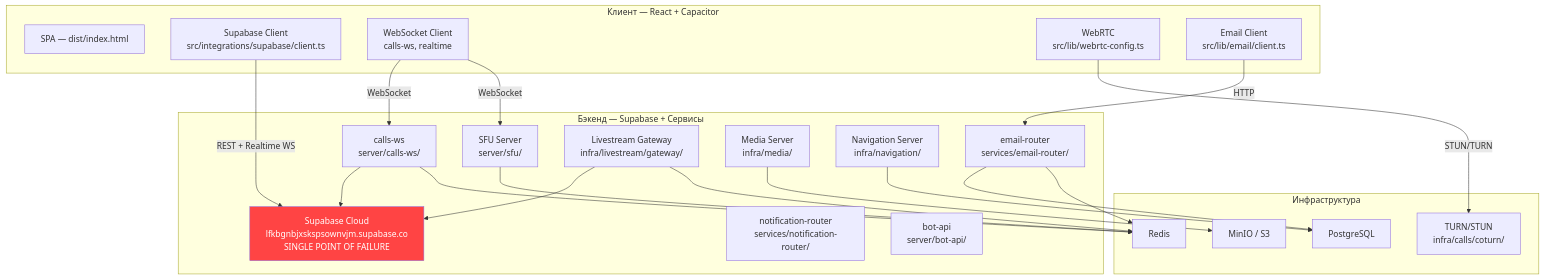
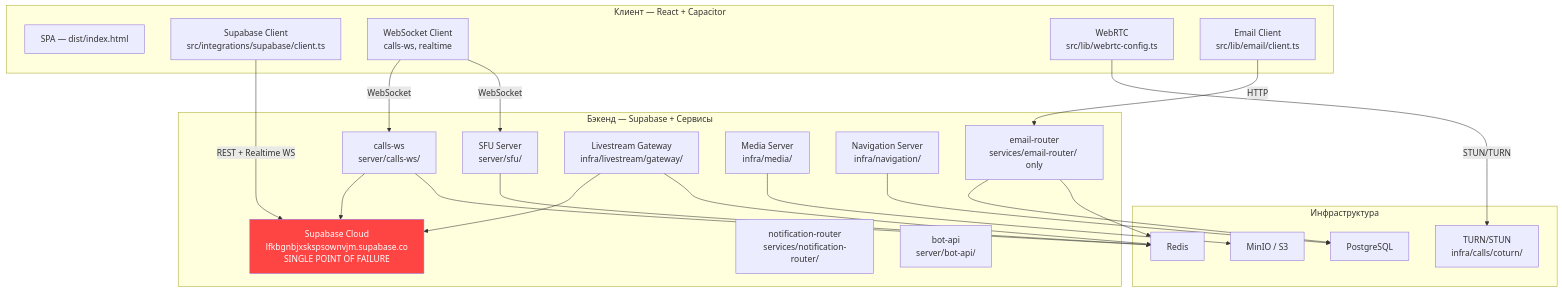
One commit to kmansoni/ECOMANSONI changed the first of 4 diagrams in docs/ANTI_CENSORSHIP_IMPLEMENTATION_PLAN.md. Above: the diagram before and after it, drawn with Mermaid. The commit also changed 361 other files, not shown here.

````diff
--- a/docs/ANTI_CENSORSHIP_IMPLEMENTATION_PLAN.md
+++ b/docs/ANTI_CENSORSHIP_IMPLEMENTATION_PLAN.md
@@ -23,47 +23,47 @@
 ```mermaid
 graph TB
     subgraph Client [Клиент — React + Capacitor]
         SPA[SPA — dist/index.html]
         SC[Supabase Client<br/>src/integrations/supabase/client.ts]
         WS_C[WebSocket Client<br/>calls-ws, realtime]
         WEBRTC[WebRTC<br/>src/lib/webrtc-config.ts]
         EMAIL_C[Email Client<br/>src/lib/email/client.ts]
     end
 
     subgraph Backend [Бэкенд — Supabase + Сервисы]
         SUPA[Supabase Cloud<br/>lfkbgnbjxskspsownvjm.supabase.co<br/>SINGLE POINT OF FAILURE]
         CALLS[calls-ws<br/>server/calls-ws/]
         SFU_S[SFU Server<br/>server/sfu/]
-        EMAIL_S[email-router<br/>services/email-router/]
+        EMAIL_S[email-router<br/>services/email-router/ only]
         NOTIF[notification-router<br/>services/notification-router/]
         BOT[bot-api<br/>server/bot-api/]
         LIVE[Livestream Gateway<br/>infra/livestream/gateway/]
         MEDIA[Media Server<br/>infra/media/]
         NAV[Navigation Server<br/>infra/navigation/]
     end
 
     subgraph Infra [Инфраструктура]
         TURN[TURN/STUN<br/>infra/calls/coturn/]
         REDIS[Redis]
         PG[PostgreSQL]
         MINIO[MinIO / S3]
     end
 
     SC -->|REST + Realtime WS| SUPA
     WS_C -->|WebSocket| CALLS
     WS_C -->|WebSocket| SFU_S
     WEBRTC -->|STUN/TURN| TURN
     EMAIL_C -->|HTTP| EMAIL_S
 
     CALLS --> SUPA
     CALLS --> REDIS
     SFU_S --> REDIS
     EMAIL_S --> PG
     EMAIL_S --> REDIS
     LIVE --> SUPA
     LIVE --> REDIS
     MEDIA --> MINIO
     NAV --> PG
 
     style SUPA fill:#ff4444,color:#fff
 ```
````
